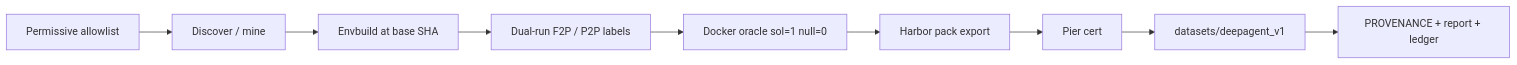
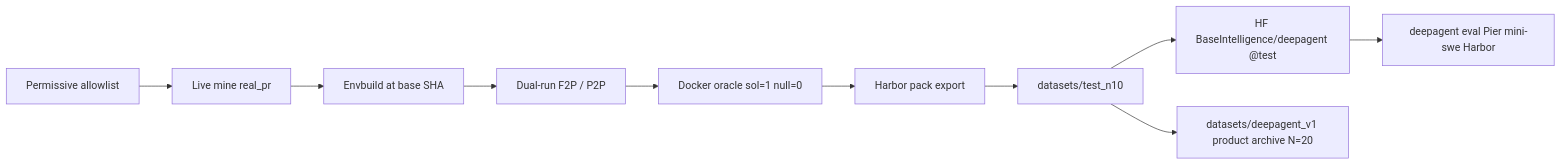
The diagram in deepagent/README.md (BaseIntelligence/deepagent), drawn with Mermaid before and after one commit. The commit also changed other lines of this file and 1 other file, not shown here.

Commit message:
docs(deepagent): document deepagent CLI generate/upload/pull/eval and HF test branch

````diff
--- a/deepagent/README.md
+++ b/deepagent/README.md
@@ -51,11 +164,12 @@
 ```mermaid
 flowchart LR
-  Allow[Permissive allowlist] --> Mine[Discover / mine]
+  Allow[Permissive allowlist] --> Mine[Live mine real_pr]
   Mine --> Env[Envbuild at base SHA]
-  Env --> Label[Dual-run F2P / P2P labels]
+  Env --> Label[Dual-run F2P / P2P]
   Label --> Oracle[Docker oracle sol=1 null=0]
   Oracle --> Export[Harbor pack export]
-  Export --> Pier[Pier cert]
-  Pier --> Ship[datasets/deepagent_v1]
-  Ship --> Prov[PROVENANCE + report + ledger]
+  Export --> Wave[datasets/test_n10]
+  Wave --> HF[HF BaseIntelligence/deepagent @test]
+  HF --> Eval[deepagent eval Pier mini-swe Harbor]
+  Wave --> Product[datasets/deepagent_v1 product archive N=20]
 ```
````
